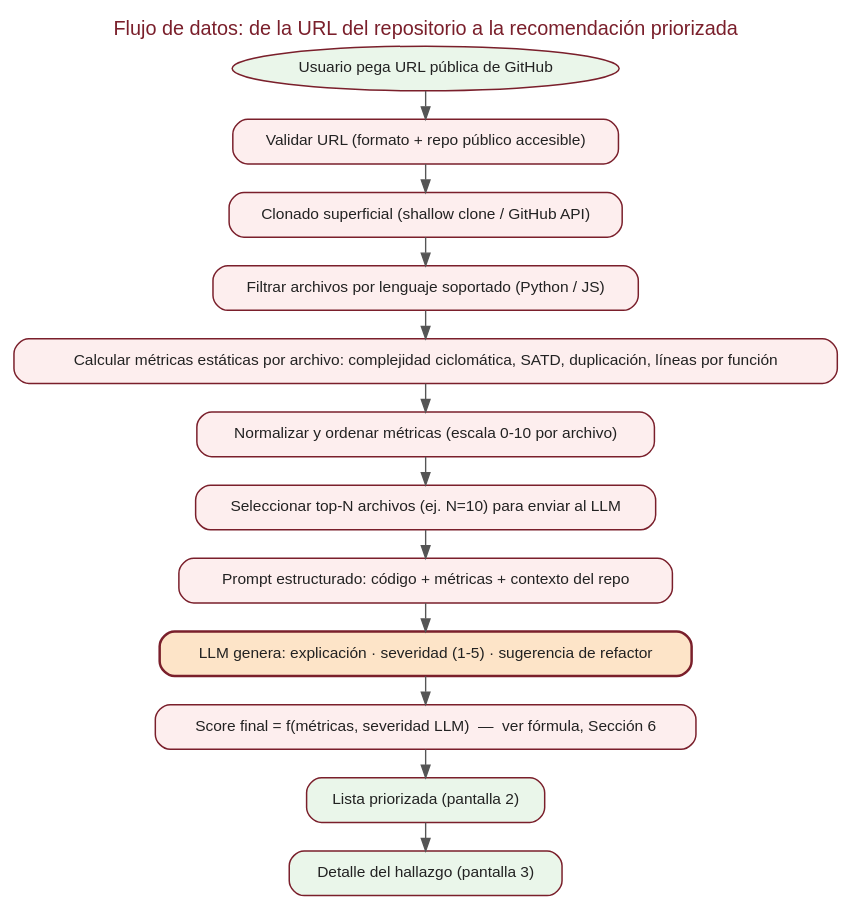
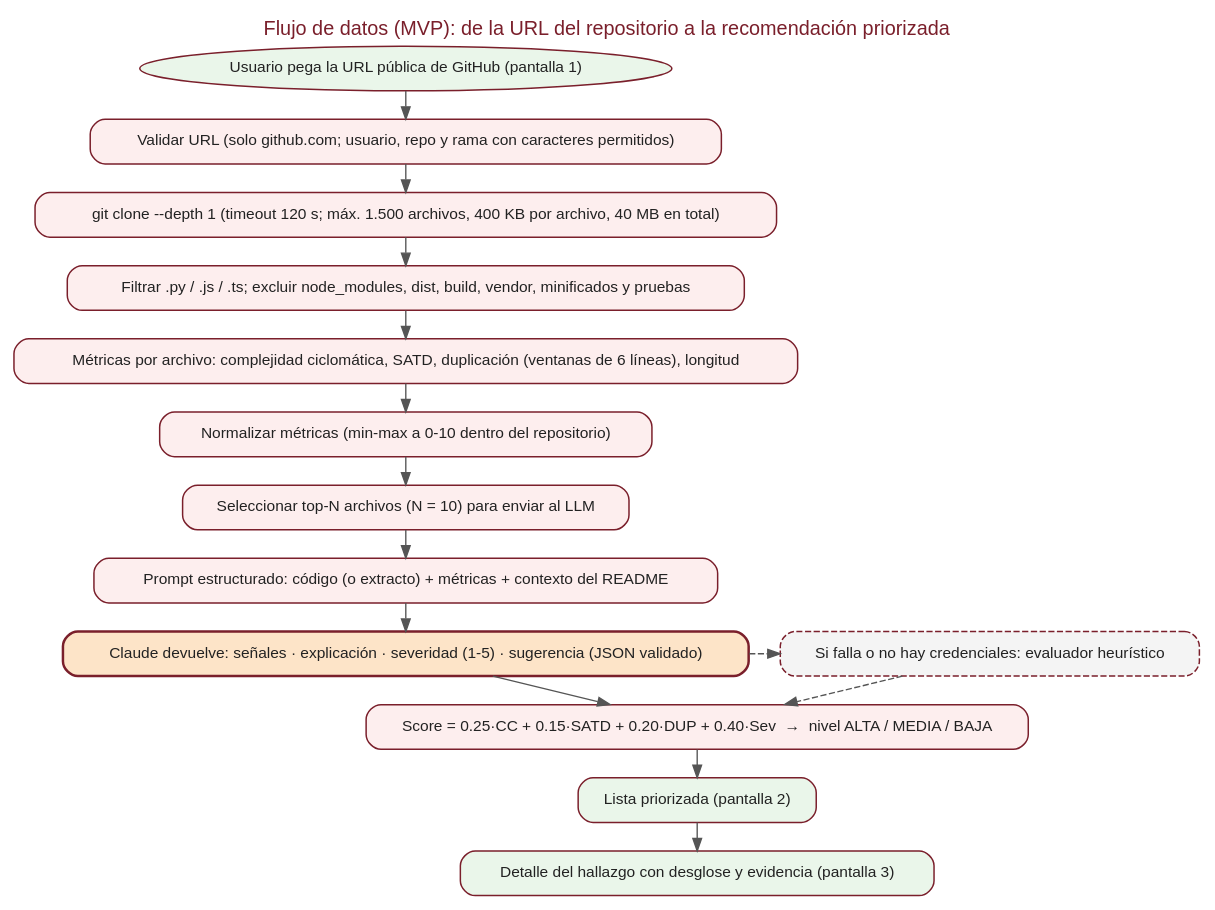
The diagram in diagrams/flujo_datos.dot (davidContrerasCorp/techdebtradar), drawn with Graphviz before and after one commit. The commit also changed 6 other files, not shown here.

Commit message:
Hito 3: diagramas actualizados al MVP final

```diff
--- a/diagrams/flujo_datos.dot
+++ b/diagrams/flujo_datos.dot
@@ -1,29 +1,32 @@
 digraph flujo {
   rankdir=TB;
   bgcolor="white";
   fontname="Helvetica";
   nodesep=0.35;
   ranksep=0.32;
   node [fontname="Helvetica", fontsize=12.5, shape=box, style="rounded,filled", fillcolor="#fdeeee", color="#7a1f2b", fontcolor="#222222", penwidth=1.2];
   edge [fontname="Helvetica", fontsize=10.5, color="#555555", fontcolor="#333333", penwidth=1.1];
 
   labelloc="t";
-  label="Flujo de datos: de la URL del repositorio a la recomendación priorizada";
+  label="Flujo de datos (MVP): de la URL del repositorio a la recomendación priorizada";
   fontsize=16;
   fontcolor="#7a1f2b";
 
-  U [label="Usuario pega URL pública de GitHub", shape=ellipse, fillcolor="#eaf6ea"];
-  V [label="Validar URL (formato + repo público accesible)"];
-  C [label="Clonado superficial (shallow clone / GitHub API)"];
-  F [label="Filtrar archivos por lenguaje soportado (Python / JS)"];
-  M [label="Calcular métricas estáticas por archivo: complejidad ciclomática, SATD, duplicación, líneas por función"];
-  N [label="Normalizar y ordenar métricas (escala 0-10 por archivo)"];
-  S [label="Seleccionar top-N archivos (ej. N=10) para enviar al LLM"];
-  P [label="Prompt estructurado: código + métricas + contexto del repo"];
-  L [label="LLM genera: explicación · severidad (1-5) · sugerencia de refactor", fillcolor="#fde4c8", penwidth=2.0];
-  SC [label="Score final = f(métricas, severidad LLM)  —  ver fórmula, Sección 6"];
+  U [label="Usuario pega la URL pública de GitHub (pantalla 1)", shape=ellipse, fillcolor="#eaf6ea"];
+  V [label="Validar URL (solo github.com; usuario, repo y rama con caracteres permitidos)"];
+  C [label="git clone --depth 1 (timeout 120 s; máx. 1.500 archivos, 400 KB por archivo, 40 MB en total)"];
+  F [label="Filtrar .py / .js / .ts; excluir node_modules, dist, build, vendor, minificados y pruebas"];
+  M [label="Métricas por archivo: complejidad ciclomática, SATD, duplicación (ventanas de 6 líneas), longitud"];
+  N [label="Normalizar métricas (min-max a 0-10 dentro del repositorio)"];
+  S [label="Seleccionar top-N archivos (N = 10) para enviar al LLM"];
+  P [label="Prompt estructurado: código (o extracto) + métricas + contexto del README"];
+  L [label="Claude devuelve: señales · explicación · severidad (1-5) · sugerencia (JSON validado)", fillcolor="#fde4c8", penwidth=2.0];
+  H [label="Si falla o no hay credenciales: evaluador heurístico", fillcolor="#f4f4f4", style="rounded,filled,dashed"];
+  SC [label="Score = 0.25·CC + 0.15·SATD + 0.20·DUP + 0.40·Sev  →  nivel ALTA / MEDIA / BAJA"];
   R [label="Lista priorizada (pantalla 2)", fillcolor="#eaf6ea"];
-  D [label="Detalle del hallazgo (pantalla 3)", fillcolor="#eaf6ea"];
+  D [label="Detalle del hallazgo con desglose y evidencia (pantalla 3)", fillcolor="#eaf6ea"];
 
   U -> V -> C -> F -> M -> N -> S -> P -> L -> SC -> R -> D;
+  L -> H [style=dashed, constraint=false];
+  H -> SC [style=dashed];
 }
```
